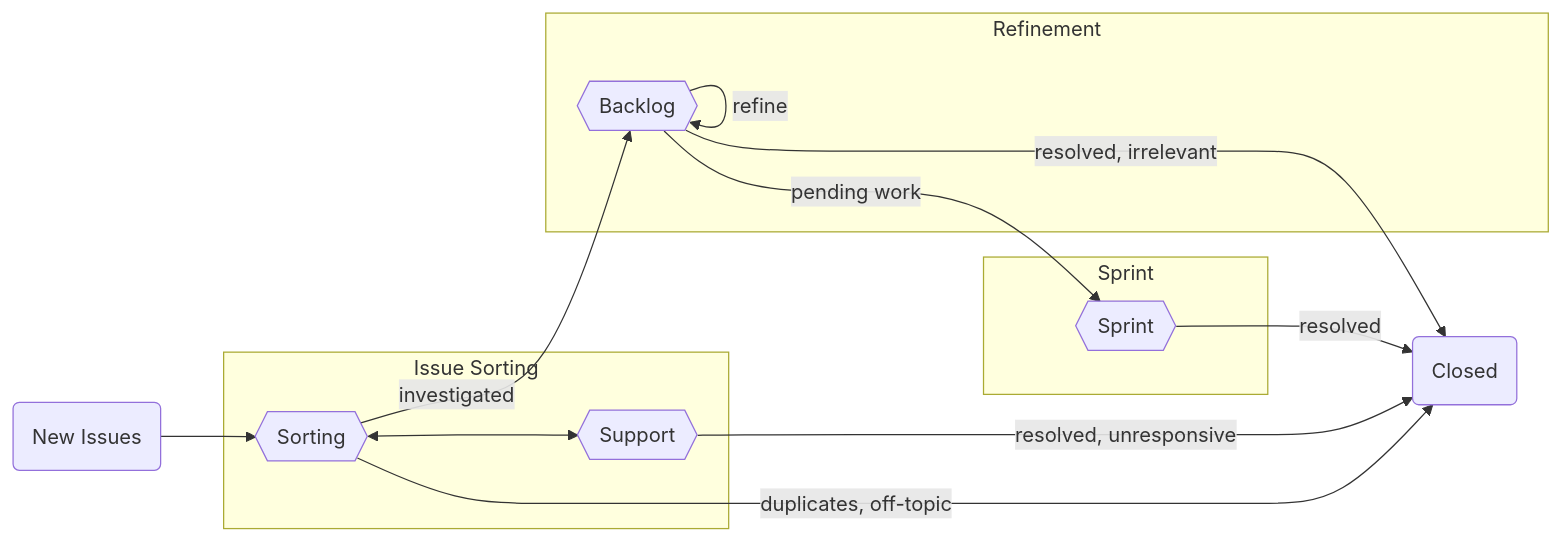
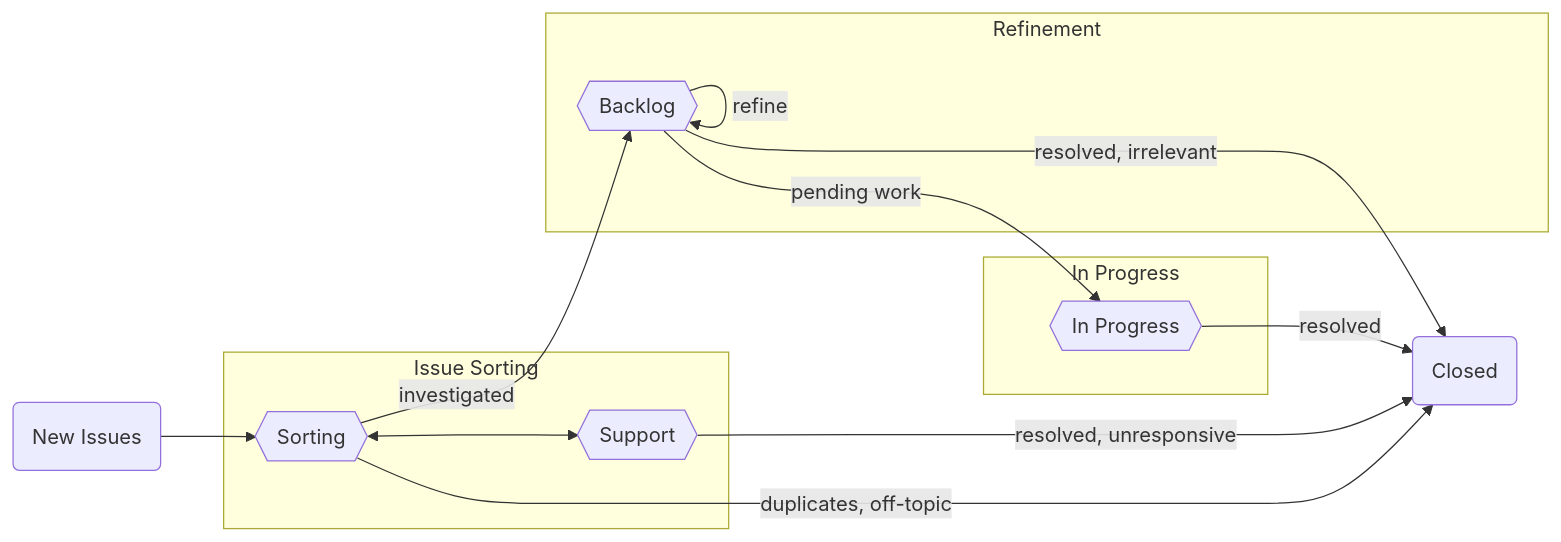
Before and after one commit to conda/pycosat: the diagram in HOW_WE_USE_GITHUB.md, drawn with Mermaid. The commit also changed other lines of this file and 3 other files, not shown here.

````diff
--- a/HOW_WE_USE_GITHUB.md
+++ b/HOW_WE_USE_GITHUB.md
@@ -46,30 +49,30 @@
 ```mermaid
 flowchart LR
     subgraph flow_sorting [Issue Sorting]
         board_sorting{{Sorting}}
         board_support{{Support}}
 
         board_sorting<-->board_support
     end
 
     subgraph flow_refinement [Refinement]
         board_backlog{{Backlog}}
 
         board_backlog-- refine -->board_backlog
     end
 
-    subgraph flow_sprint [Sprint]
-        board_sprint{{Sprint}}
+    subgraph flow_progress [In Progress]
+        board_progress{{In Progress}}
     end
 
     state_new(New Issues)
     state_closed(Closed)
 
     state_new-->board_sorting
     board_sorting-- investigated -->board_backlog
     board_sorting-- duplicates, off-topic -->state_closed
     board_support-- resolved, unresponsive -->state_closed
-    board_backlog-- pending work -->board_sprint
+    board_backlog-- pending work -->board_progress
     board_backlog-- resolved, irrelevant -->state_closed
-    board_sprint-- resolved -->state_closed
+    board_progress-- resolved -->state_closed
 ```
````
